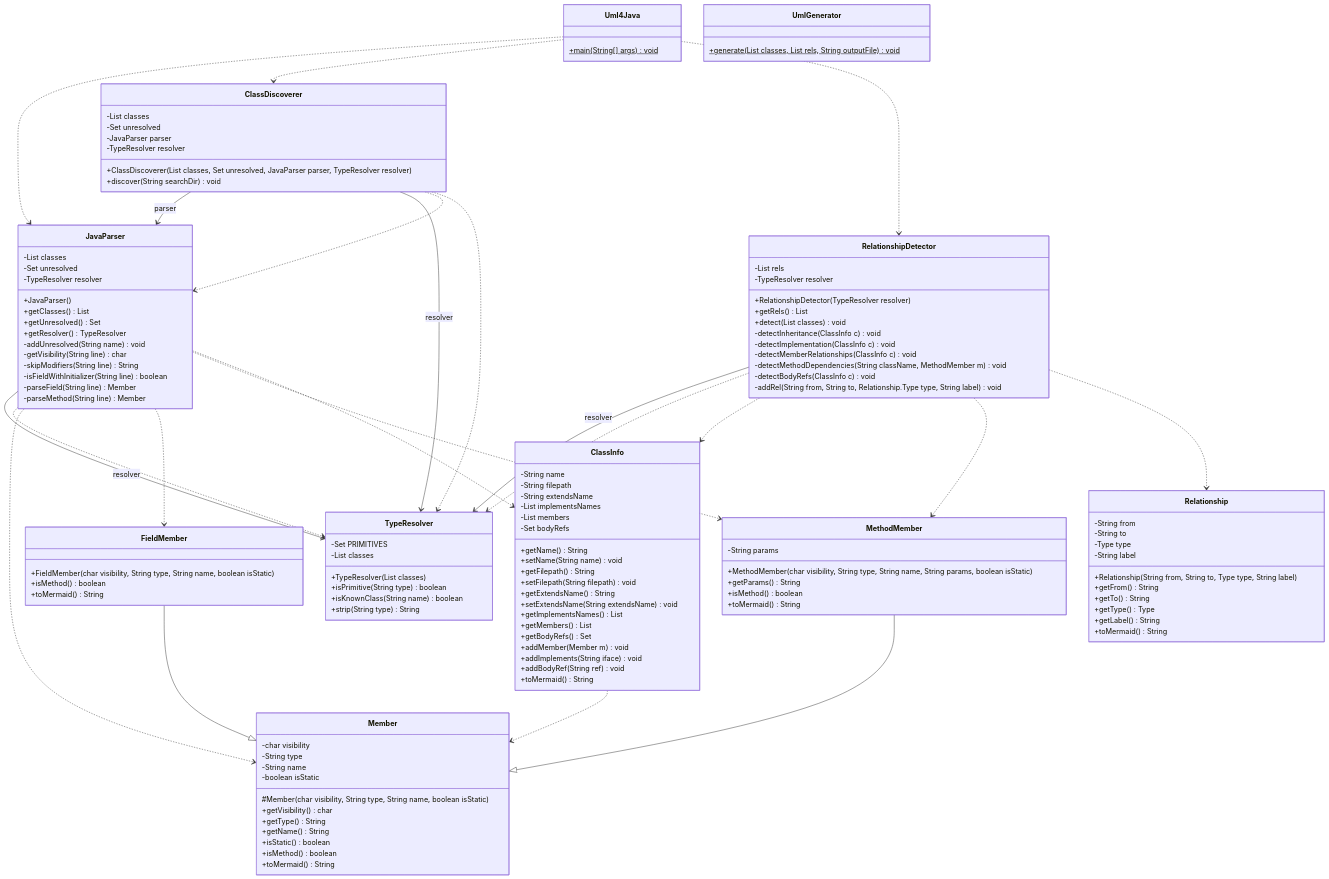
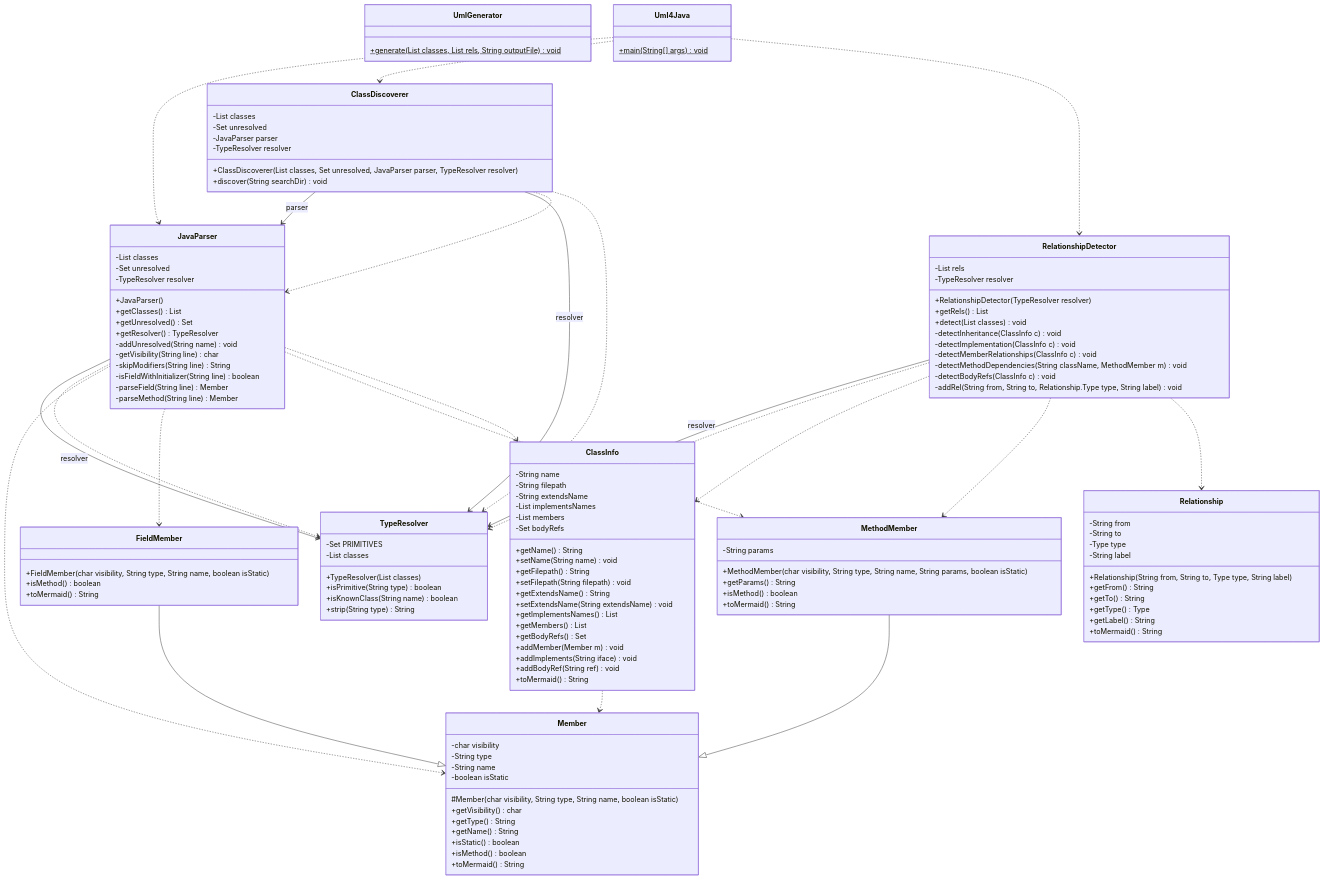
The diagram in uml-java/reference_class.md (mo-mosverkstad/reverse_engineer_tools), drawn with Mermaid before and after one commit. The commit also changed other lines of this file and 38 other files, not shown here.

```diff
--- a/uml-java/reference_class.md
+++ b/uml-java/reference_class.md
@@ -9,6 +9,19 @@
         -TypeResolver resolver
         +ClassDiscoverer(List<ClassInfo> classes, Set<String> unresolved, JavaParser parser, TypeResolver resolver)
         +discover(String searchDir) void
+    }
+    class RelationshipDetector {
+        -List rels
+        -TypeResolver resolver
+        +RelationshipDetector(TypeResolver resolver)
+        +getRels() List<Relationship>
+        +detect(List<ClassInfo> classes) void
+        -detectInheritance(ClassInfo c) void
+        -detectImplementation(ClassInfo c) void
+        -detectMemberRelationships(ClassInfo c) void
+        -detectMethodDependencies(String className, MethodMember m) void
+        -detectBodyRefs(ClassInfo c) void
+        -addRel(String from, String to, Relationship.Type type, String label) void
     }
     class ClassInfo {
         -String name
@@ -35,21 +48,6 @@
         +FieldMember(char visibility, String type, String name, boolean isStatic)
         +isMethod() boolean
         +toMermaid() String
-    }
-    class JavaParser {
-        -List classes
-        -Set unresolved
-        -TypeResolver resolver
-        +JavaParser()
-        +getClasses() List<ClassInfo>
-        +getUnresolved() Set<String>
-        +getResolver() TypeResolver
-        -addUnresolved(String name) void
-        -getVisibility(String line) char
-        -skipModifiers(String line) String
-        -isFieldWithInitializer(String line) boolean
-        -parseField(String line) Member
-        -parseMethod(String line) Member
     }
     class Member {
         -char visibility
@@ -83,18 +81,23 @@
         +getLabel() String
         +toMermaid() String
     }
-    class RelationshipDetector {
-        -List rels
+    class UmlGenerator {
+        +generate(List<ClassInfo> classes, List<Relationship> rels, String outputFile)$ void
+    }
+    class JavaParser {
+        -List classes
+        -Set unresolved
         -TypeResolver resolver
-        +RelationshipDetector(TypeResolver resolver)
-        +getRels() List<Relationship>
-        +detect(List<ClassInfo> classes) void
-        -detectInheritance(ClassInfo c) void
-        -detectImplementation(ClassInfo c) void
-        -detectMemberRelationships(ClassInfo c) void
-        -detectMethodDependencies(String className, MethodMember m) void
-        -detectBodyRefs(ClassInfo c) void
-        -addRel(String from, String to, Relationship.Type type, String label) void
+        +JavaParser()
+        +getClasses() List<ClassInfo>
+        +getUnresolved() Set<String>
+        +getResolver() TypeResolver
+        -addUnresolved(String name) void
+        -getVisibility(String line) char
+        -skipModifiers(String line) String
+        -isFieldWithInitializer(String line) boolean
+        -parseField(String line) Member
+        -parseMethod(String line) Member
     }
     class TypeResolver {
         -Set PRIMITIVES
@@ -107,27 +110,24 @@
     class Uml4Java {
         +main(String[] args)$ void
     }
-    class UmlGenerator {
-        +generate(List<ClassInfo> classes, List<Relationship> rels, String outputFile)$ void
-    }
     ClassDiscoverer --> JavaParser : parser
     ClassDiscoverer --> TypeResolver : resolver
     ClassDiscoverer ..> JavaParser
     ClassDiscoverer ..> TypeResolver
+    RelationshipDetector --> TypeResolver : resolver
+    RelationshipDetector ..> TypeResolver
+    RelationshipDetector ..> ClassInfo
+    RelationshipDetector ..> MethodMember
+    RelationshipDetector ..> Relationship
     ClassInfo ..> Member
     FieldMember --|> Member
+    MethodMember --|> Member
     JavaParser --> TypeResolver : resolver
     JavaParser ..> TypeResolver
     JavaParser ..> Member
     JavaParser ..> FieldMember
     JavaParser ..> MethodMember
     JavaParser ..> ClassInfo
-    MethodMember --|> Member
-    RelationshipDetector --> TypeResolver : resolver
-    RelationshipDetector ..> TypeResolver
-    RelationshipDetector ..> ClassInfo
-    RelationshipDetector ..> MethodMember
-    RelationshipDetector ..> Relationship
     Uml4Java ..> JavaParser
     Uml4Java ..> ClassDiscoverer
     Uml4Java ..> RelationshipDetector
```
